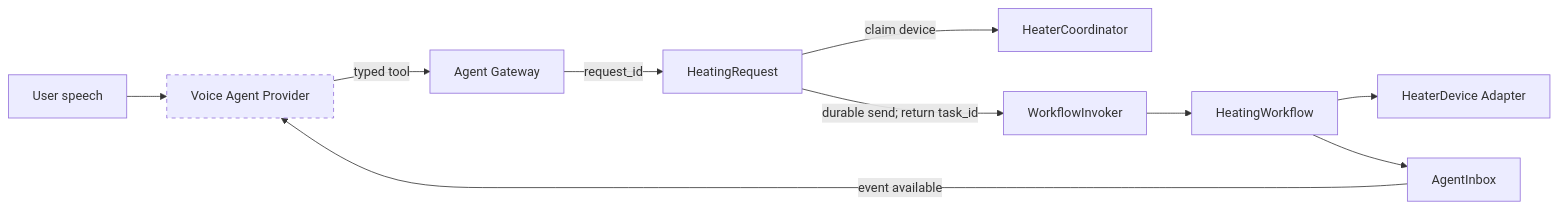
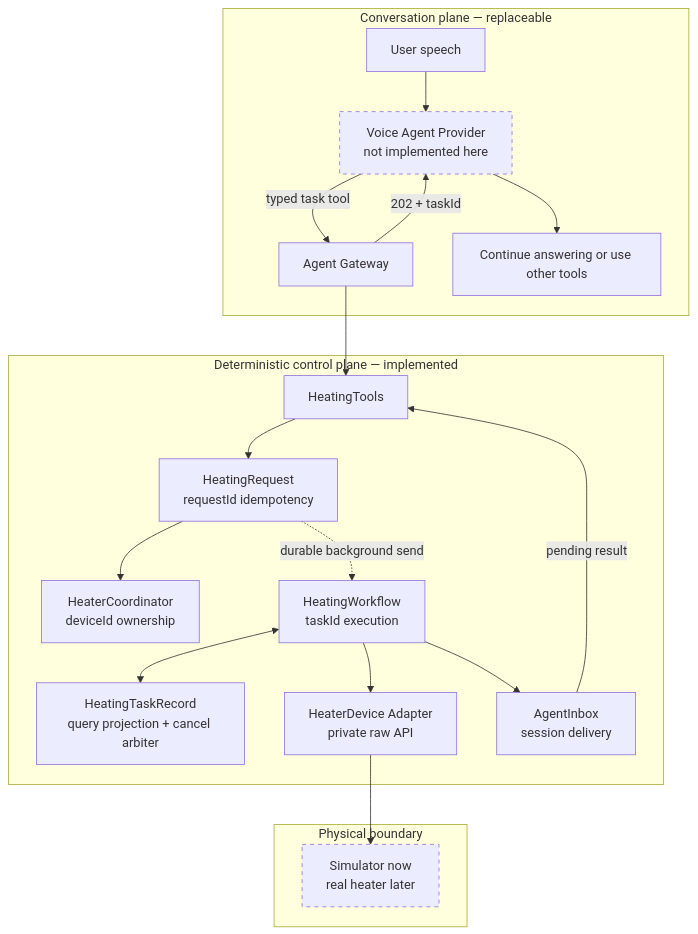
One commit to Priska997/voice-heating-lab-agent changed the diagram in README.md. Above: the diagram before and after it, drawn with Mermaid. The commit also changed other lines of this file and 27 other files, not shown here.

Commit message:
fix: harden durable heating orchestration

````diff
--- a/README.md
+++ b/README.md
@@ -18,15 +22,27 @@
 ```mermaid
-flowchart LR
-    U[User speech] --> VA[Voice Agent Provider]
-    VA -->|typed tool| G[Agent Gateway]
-    G -->|request_id| R[HeatingRequest]
-    R -->|claim device| C[HeaterCoordinator]
-    R -->|durable send; return task_id| I[WorkflowInvoker]
-    I --> W[HeatingWorkflow]
-    W --> D[HeaterDevice Adapter]
-    W --> B[AgentInbox]
-    B -->|event available| VA
+flowchart TB
+    subgraph Conversation[Conversation plane — replaceable]
+        U[User speech] --> VA[Voice Agent Provider<br/>not implemented here]
+        VA -->|typed task tool| G[Agent Gateway]
+        G -->|202 + taskId| VA
+        VA --> O[Continue answering or use other tools]
+    end
 
-    classDef optional stroke-dasharray: 5 5;
-    class VA optional;
+    subgraph Control[Deterministic control plane — implemented]
+        G --> T[HeatingTools]
+        T --> R[HeatingRequest<br/>requestId idempotency]
+        R --> C[HeaterCoordinator<br/>deviceId ownership]
+        R -. durable background send .-> W[HeatingWorkflow<br/>taskId execution]
+        W <--> P[HeatingTaskRecord<br/>query projection + cancel arbiter]
+        W --> D[HeaterDevice Adapter<br/>private raw API]
+        W --> B[AgentInbox<br/>session delivery]
+        B -->|pending result| T
+    end
+
+    subgraph Hardware[Physical boundary]
+        D --> H[Simulator now<br/>real heater later]
+    end
+
+    classDef deferred stroke-dasharray: 5 5;
+    class VA,H deferred;
 ```
````
